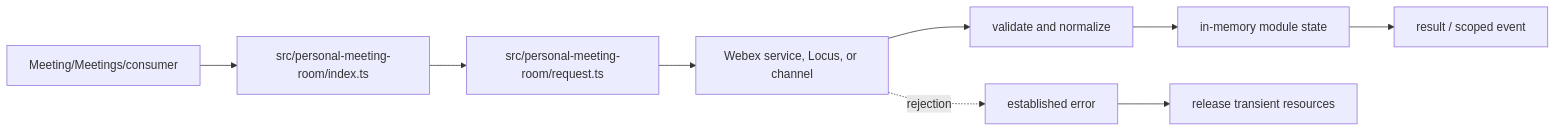
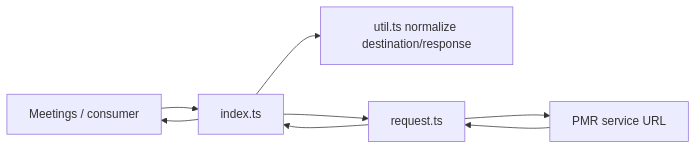
One commit to webex/webex-js-sdk changed the first of 4 diagrams in packages/@webex/plugin-meetings/src/personal-meeting-room/ai-docs/personal-meeting-room-spec.md. Above: the diagram before and after it, drawn with Mermaid. The commit also changed other lines of this file and 26 other files, not shown here.

````diff
--- a/packages/@webex/plugin-meetings/src/personal-meeting-room/ai-docs/personal-meeting-room-spec.md
+++ b/packages/@webex/plugin-meetings/src/personal-meeting-room/ai-docs/personal-meeting-room-spec.md
@@ -96,11 +98,10 @@
 ```mermaid
 flowchart LR
-  Caller[Meeting/Meetings/consumer] --> Entry[src/personal-meeting-room/index.ts]
-  Entry --> Support[src/personal-meeting-room/request.ts]
-  Support --> Boundary[Webex service, Locus, or channel]
-  Boundary --> Normalize[validate and normalize]
-  Normalize --> State[in-memory module state]
-  State --> Output[result / scoped event]
-  Boundary -. rejection .-> Error[established error]
-  Error --> Cleanup[release transient resources]
+  Caller[Meetings / consumer] --> PMR[index.ts]
+  PMR --> Util[util.ts normalize destination/response]
+  PMR --> Request[request.ts]
+  Request --> Service[PMR service URL]
+  Service --> Request
+  Request --> PMR
+  PMR --> Caller
 ```
````
